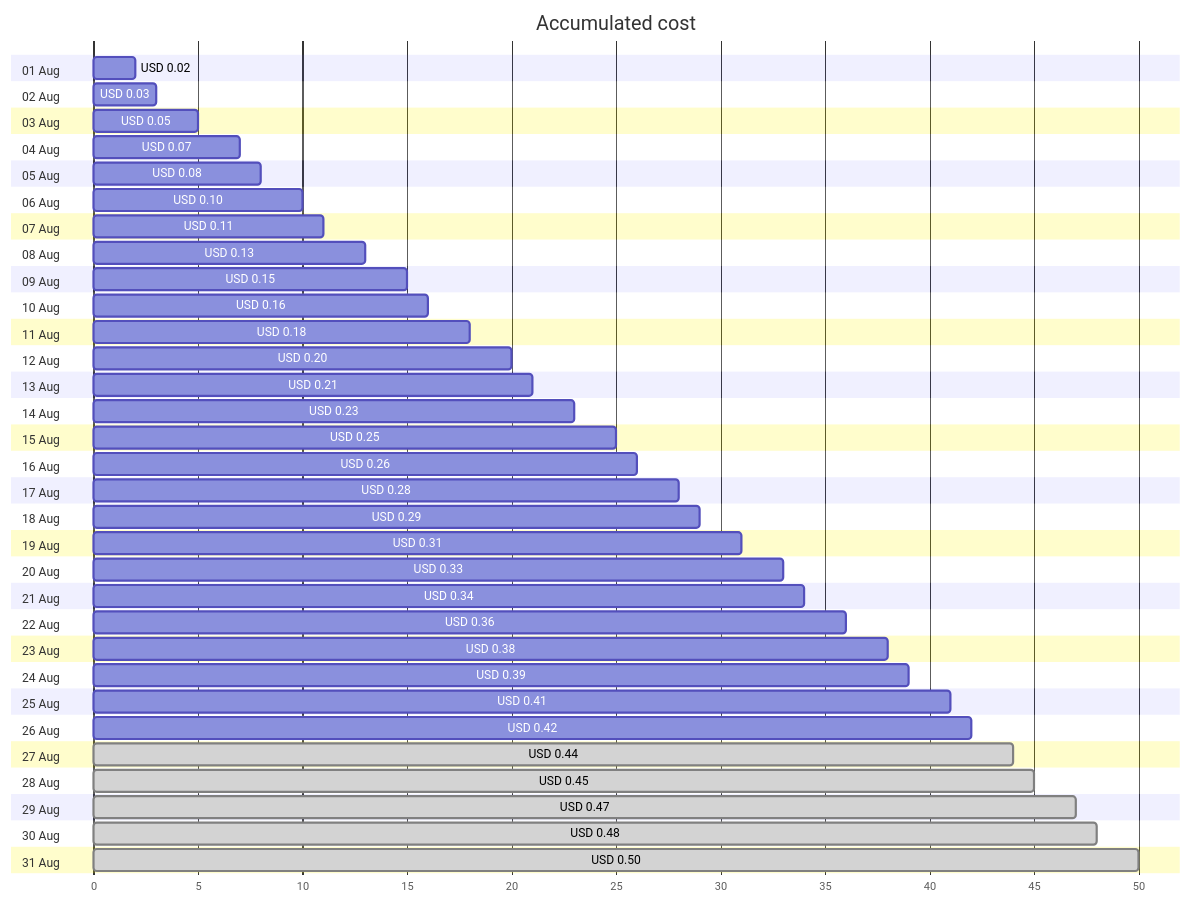
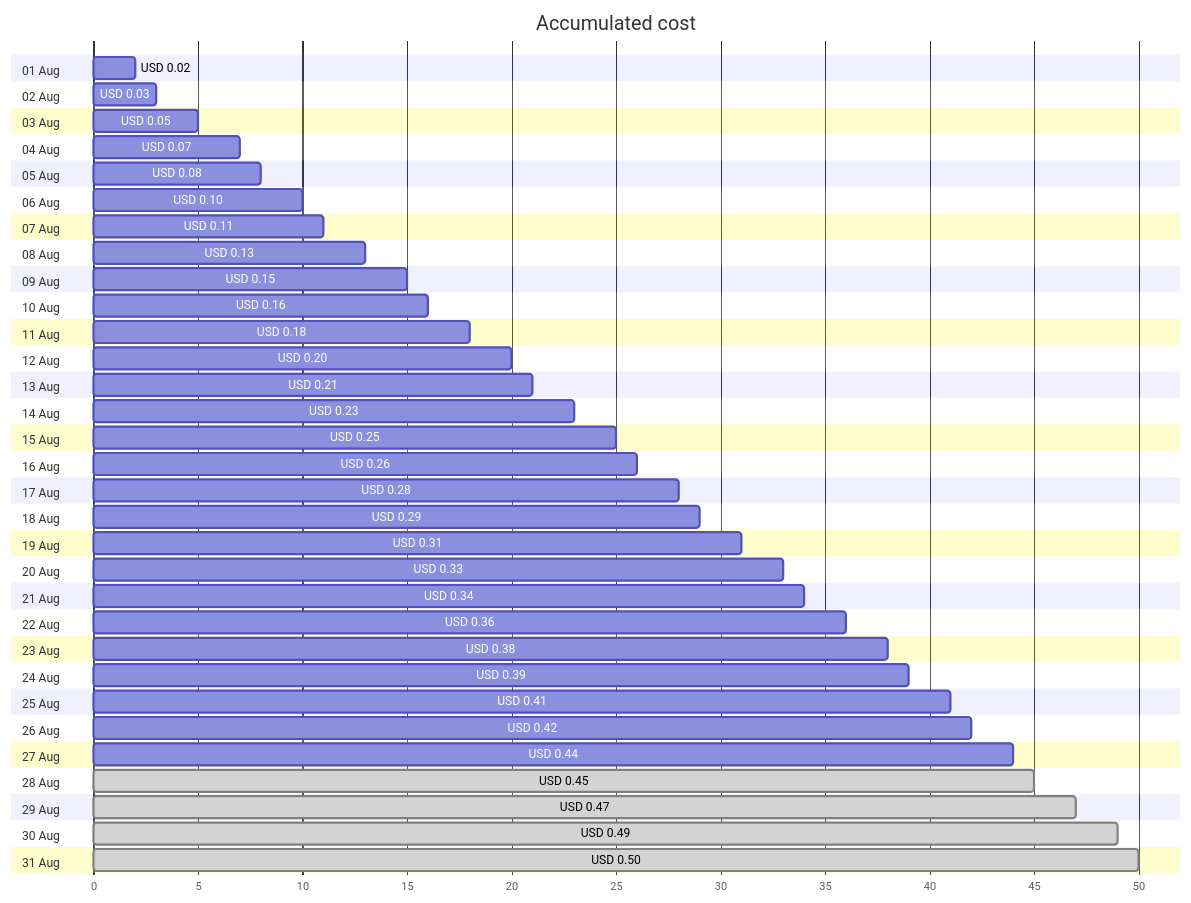
The first of 4 diagrams in cost-reports/personal-dns/jpatrickfulton.com.md (jpfulton/azure-personal-reports), drawn with Mermaid before and after one commit. The commit also changed other lines of this file and 2 other files, not shown here.

````diff
--- a/cost-reports/personal-dns/jpatrickfulton.com.md
+++ b/cost-reports/personal-dns/jpatrickfulton.com.md
@@ -20,68 +20,68 @@
 ```mermaid
 gantt
    title Accumulated cost
    dateFormat  X
    axisFormat %s
    section 01 Aug
    USD 0.02 :0, 2
    section 02 Aug
    USD 0.03 :0, 3
    section 03 Aug
    USD 0.05 :0, 5
    section 04 Aug
    USD 0.07 :0, 7
    section 05 Aug
    USD 0.08 :0, 8
    section 06 Aug
    USD 0.10 :0, 10
    section 07 Aug
    USD 0.11 :0, 11
    section 08 Aug
    USD 0.13 :0, 13
    section 09 Aug
    USD 0.15 :0, 15
    section 10 Aug
    USD 0.16 :0, 16
    section 11 Aug
    USD 0.18 :0, 18
    section 12 Aug
    USD 0.20 :0, 20
    section 13 Aug
    USD 0.21 :0, 21
    section 14 Aug
    USD 0.23 :0, 23
    section 15 Aug
    USD 0.25 :0, 25
    section 16 Aug
    USD 0.26 :0, 26
    section 17 Aug
    USD 0.28 :0, 28
    section 18 Aug
    USD 0.29 :0, 29
    section 19 Aug
    USD 0.31 :0, 31
    section 20 Aug
    USD 0.33 :0, 33
    section 21 Aug
    USD 0.34 :0, 34
    section 22 Aug
    USD 0.36 :0, 36
    section 23 Aug
    USD 0.38 :0, 38
    section 24 Aug
    USD 0.39 :0, 39
    section 25 Aug
    USD 0.41 :0, 41
    section 26 Aug
    USD 0.42 :0, 42
    section 27 Aug
-   USD 0.44 : done, 0, 44
+   USD 0.44 :0, 44
    section 28 Aug
    USD 0.45 : done, 0, 45
    section 29 Aug
    USD 0.47 : done, 0, 47
    section 30 Aug
-   USD 0.48 : done, 0, 48
+   USD 0.49 : done, 0, 49
    section 31 Aug
    USD 0.50 : done, 0, 50
 ```
````
